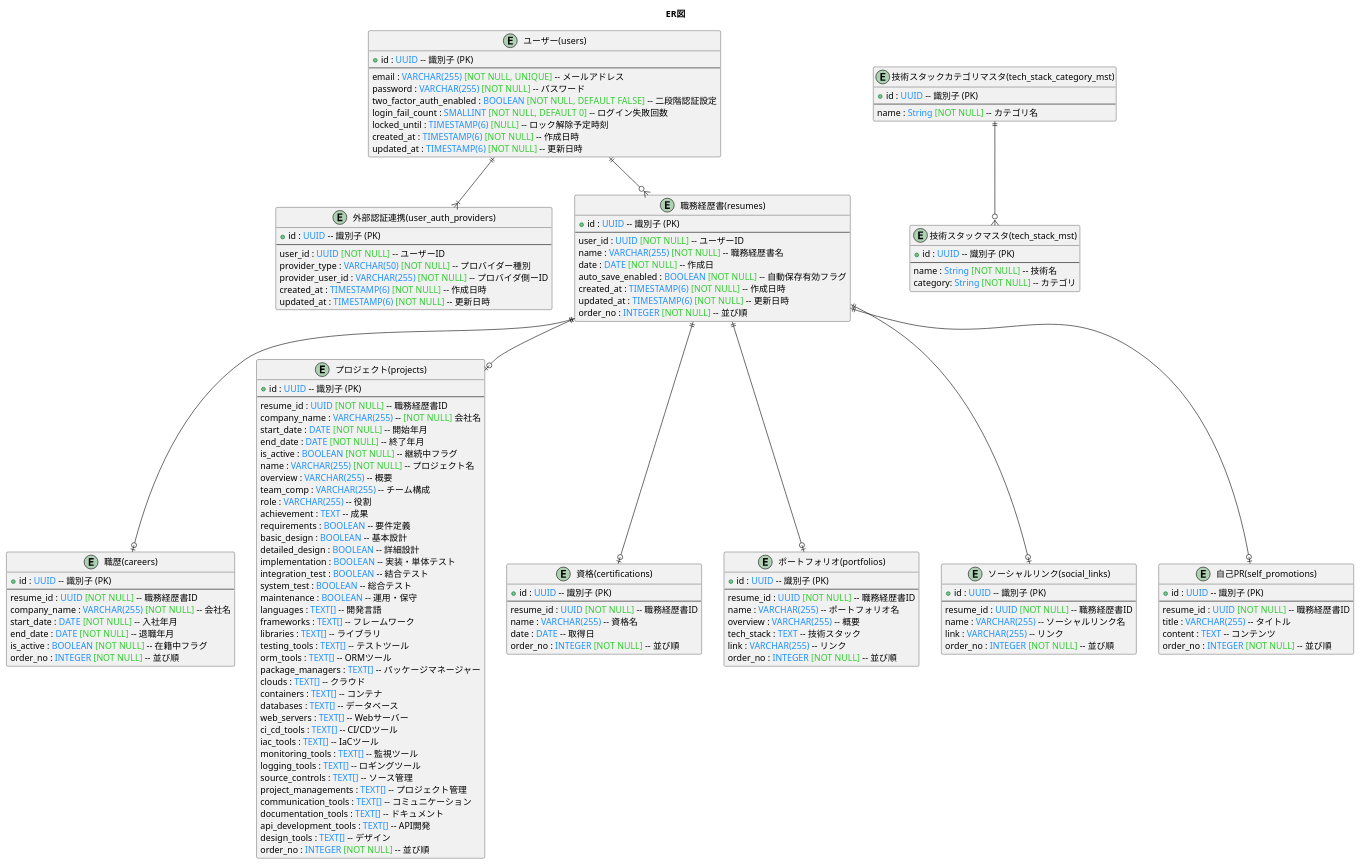
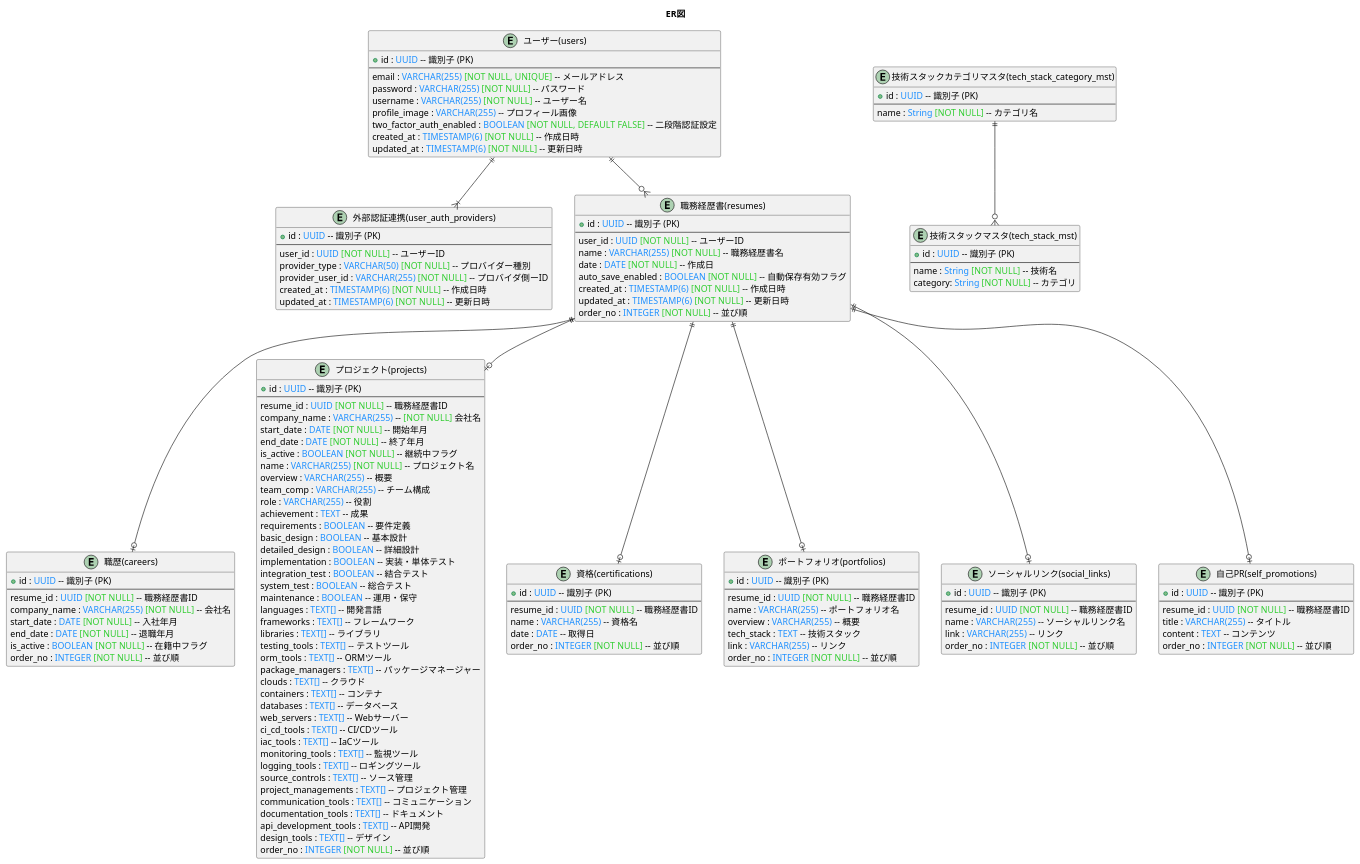
The diagram in doc/DB設計/ER図.pu (DogisRiki/KeirekiPro), drawn with PlantUML before and after one commit.

Commit message:
docs: ER図修正
Changes:
1. ユーザーテーブルからログイン失敗回数とロック解除予定時刻を削除
2. ユーザーテーブルにユーザー名とプロフィール画像を追加

Reason:
1. toC向けアプリでアカウントベースでログイン試行回数を制限をしてしまうとそのメールアドレスでユーザーが存在することが露見してしまうためIPベースでログイン試行回数を制限する実装とする

2. 入れ忘れ

BREAKING CHANGE: N/A
Related: N/A
Refs: #16

```diff
--- a/doc/DB設計/ER図.pu
+++ b/doc/DB設計/ER図.pu
@@ -1,162 +1,162 @@
 @startuml ER図
 
 title ER図
 
 ' -----------------------
 ' 既存テーブル
 ' -----------------------
 entity "ユーザー(users)" as users {
     + id : <color:#1E90FF>UUID</color> -- 識別子 (PK)
     --
     email : <color:#1E90FF>VARCHAR(255)</color> <color:#32CD32>[NOT NULL, UNIQUE]</color> -- メールアドレス
     password : <color:#1E90FF>VARCHAR(255)</color> <color:#32CD32>[NOT NULL]</color> -- パスワード
+    username : <color:#1E90FF>VARCHAR(255)</color> <color:#32CD32>[NOT NULL]</color> -- ユーザー名
+    profile_image : <color:#1E90FF>VARCHAR(255)</color> -- プロフィール画像
     two_factor_auth_enabled : <color:#1E90FF>BOOLEAN</color> <color:#32CD32>[NOT NULL, DEFAULT FALSE]</color> -- 二段階認証設定
-    login_fail_count : <color:#1E90FF>SMALLINT</color> <color:#32CD32>[NOT NULL, DEFAULT 0]</color> -- ログイン失敗回数
-    locked_until : <color:#1E90FF>TIMESTAMP(6)</color> <color:#32CD32>[NULL]</color> -- ロック解除予定時刻
     created_at : <color:#1E90FF>TIMESTAMP(6)</color> <color:#32CD32>[NOT NULL]</color> -- 作成日時
     updated_at : <color:#1E90FF>TIMESTAMP(6)</color> <color:#32CD32>[NOT NULL]</color> -- 更新日時
 }
 
 entity "外部認証連携(user_auth_providers)" as UserAuthProviders {
     + id : <color:#1E90FF>UUID</color> -- 識別子 (PK)
     --
     user_id : <color:#1E90FF>UUID</color> <color:#32CD32>[NOT NULL]</color> -- ユーザーID
     provider_type : <color:#1E90FF>VARCHAR(50)</color> <color:#32CD32>[NOT NULL]</color> -- プロバイダー種別
     provider_user_id : <color:#1E90FF>VARCHAR(255)</color> <color:#32CD32>[NOT NULL]</color> -- プロバイダ側ーID
     created_at : <color:#1E90FF>TIMESTAMP(6)</color> <color:#32CD32>[NOT NULL]</color> -- 作成日時
     updated_at : <color:#1E90FF>TIMESTAMP(6)</color> <color:#32CD32>[NOT NULL]</color> -- 更新日時
 }
 
 entity "職務経歴書(resumes)" as Resumes {
     + id : <color:#1E90FF>UUID</color> -- 識別子 (PK)
     --
     user_id : <color:#1E90FF>UUID</color> <color:#32CD32>[NOT NULL]</color> -- ユーザーID
     name : <color:#1E90FF>VARCHAR(255)</color> <color:#32CD32>[NOT NULL]</color> -- 職務経歴書名
     date : <color:#1E90FF>DATE</color> <color:#32CD32>[NOT NULL]</color> -- 作成日
     auto_save_enabled : <color:#1E90FF>BOOLEAN</color> <color:#32CD32>[NOT NULL]</color> -- 自動保存有効フラグ
     created_at : <color:#1E90FF>TIMESTAMP(6)</color> <color:#32CD32>[NOT NULL]</color> -- 作成日時
     updated_at : <color:#1E90FF>TIMESTAMP(6)</color> <color:#32CD32>[NOT NULL]</color> -- 更新日時
     order_no : <color:#1E90FF>INTEGER</color> <color:#32CD32>[NOT NULL]</color> -- 並び順
 }
 
 entity "職歴(careers)" as Careers {
     + id : <color:#1E90FF>UUID</color> -- 識別子 (PK)
     --
     resume_id : <color:#1E90FF>UUID</color> <color:#32CD32>[NOT NULL]</color> -- 職務経歴書ID
     company_name : <color:#1E90FF>VARCHAR(255)</color> <color:#32CD32>[NOT NULL]</color> -- 会社名
     start_date : <color:#1E90FF>DATE</color> <color:#32CD32>[NOT NULL]</color> -- 入社年月
     end_date : <color:#1E90FF>DATE</color> <color:#32CD32>[NOT NULL]</color> -- 退職年月
     is_active : <color:#1E90FF>BOOLEAN</color> <color:#32CD32>[NOT NULL]</color> -- 在籍中フラグ
     order_no : <color:#1E90FF>INTEGER</color> <color:#32CD32>[NOT NULL]</color> -- 並び順
 }
 
 entity "プロジェクト(projects)" as Projects {
     + id : <color:#1E90FF>UUID</color> -- 識別子 (PK)
     --
     resume_id : <color:#1E90FF>UUID</color> <color:#32CD32>[NOT NULL]</color> -- 職務経歴書ID
     company_name : <color:#1E90FF>VARCHAR(255)</color> -- <color:#32CD32>[NOT NULL]</color> 会社名
     start_date : <color:#1E90FF>DATE</color> <color:#32CD32>[NOT NULL]</color> -- 開始年月
     end_date : <color:#1E90FF>DATE</color> <color:#32CD32>[NOT NULL]</color> -- 終了年月
     is_active : <color:#1E90FF>BOOLEAN</color> <color:#32CD32>[NOT NULL]</color> -- 継続中フラグ
     name : <color:#1E90FF>VARCHAR(255)</color> <color:#32CD32>[NOT NULL]</color> -- プロジェクト名
     overview : <color:#1E90FF>VARCHAR(255)</color> -- 概要
     team_comp : <color:#1E90FF>VARCHAR(255)</color> -- チーム構成
     role : <color:#1E90FF>VARCHAR(255)</color> -- 役割
     achievement : <color:#1E90FF>TEXT</color> -- 成果
     requirements : <color:#1E90FF>BOOLEAN</color> -- 要件定義
     basic_design : <color:#1E90FF>BOOLEAN</color> -- 基本設計
     detailed_design : <color:#1E90FF>BOOLEAN</color> -- 詳細設計
     implementation : <color:#1E90FF>BOOLEAN</color> -- 実装・単体テスト
     integration_test : <color:#1E90FF>BOOLEAN</color> -- 結合テスト
     system_test : <color:#1E90FF>BOOLEAN</color> -- 総合テスト
     maintenance : <color:#1E90FF>BOOLEAN</color> -- 運用・保守
     languages : <color:#1E90FF>TEXT[]</color> -- 開発言語
     frameworks : <color:#1E90FF>TEXT[]</color> -- フレームワーク
     libraries : <color:#1E90FF>TEXT[]</color> -- ライブラリ
     testing_tools : <color:#1E90FF>TEXT[]</color> -- テストツール
     orm_tools : <color:#1E90FF>TEXT[]</color> -- ORMツール
     package_managers : <color:#1E90FF>TEXT[]</color> -- パッケージマネージャー
     clouds : <color:#1E90FF>TEXT[]</color> -- クラウド
     containers : <color:#1E90FF>TEXT[]</color> -- コンテナ
     databases : <color:#1E90FF>TEXT[]</color> -- データベース
     web_servers : <color:#1E90FF>TEXT[]</color> -- Webサーバー
     ci_cd_tools : <color:#1E90FF>TEXT[]</color> -- CI/CDツール
     iac_tools : <color:#1E90FF>TEXT[]</color> -- IaCツール
     monitoring_tools : <color:#1E90FF>TEXT[]</color> -- 監視ツール
     logging_tools : <color:#1E90FF>TEXT[]</color> -- ロギングツール
     source_controls : <color:#1E90FF>TEXT[]</color> -- ソース管理
     project_managements : <color:#1E90FF>TEXT[]</color> -- プロジェクト管理
     communication_tools : <color:#1E90FF>TEXT[]</color> -- コミュニケーション
     documentation_tools : <color:#1E90FF>TEXT[]</color> -- ドキュメント
     api_development_tools : <color:#1E90FF>TEXT[]</color> -- API開発
     design_tools : <color:#1E90FF>TEXT[]</color> -- デザイン
     order_no : <color:#1E90FF>INTEGER</color> <color:#32CD32>[NOT NULL]</color> -- 並び順
 }
 
 entity "資格(certifications)" as Certifications {
     + id : <color:#1E90FF>UUID</color> -- 識別子 (PK)
     --
     resume_id : <color:#1E90FF>UUID</color> <color:#32CD32>[NOT NULL]</color> -- 職務経歴書ID
     name : <color:#1E90FF>VARCHAR(255)</color> -- 資格名
     date : <color:#1E90FF>DATE</color> -- 取得日
     order_no : <color:#1E90FF>INTEGER</color> <color:#32CD32>[NOT NULL]</color> -- 並び順
 }
 
 entity "ポートフォリオ(portfolios)" as Portfolios {
     + id : <color:#1E90FF>UUID</color> -- 識別子 (PK)
     --
     resume_id : <color:#1E90FF>UUID</color> <color:#32CD32>[NOT NULL]</color> -- 職務経歴書ID
     name : <color:#1E90FF>VARCHAR(255)</color> -- ポートフォリオ名
     overview : <color:#1E90FF>VARCHAR(255)</color> -- 概要
     tech_stack : <color:#1E90FF>TEXT</color> -- 技術スタック
     link : <color:#1E90FF>VARCHAR(255)</color> -- リンク
     order_no : <color:#1E90FF>INTEGER</color> <color:#32CD32>[NOT NULL]</color> -- 並び順
 }
 
 entity "ソーシャルリンク(social_links)" as SocialLinks {
     + id : <color:#1E90FF>UUID</color> -- 識別子 (PK)
     --
     resume_id : <color:#1E90FF>UUID</color> <color:#32CD32>[NOT NULL]</color> -- 職務経歴書ID
     name : <color:#1E90FF>VARCHAR(255)</color> -- ソーシャルリンク名
     link : <color:#1E90FF>VARCHAR(255)</color> -- リンク
     order_no : <color:#1E90FF>INTEGER</color> <color:#32CD32>[NOT NULL]</color> -- 並び順
 }
 
 entity "自己PR(self_promotions)" as SelfPromotions {
     + id : <color:#1E90FF>UUID</color> -- 識別子 (PK)
     --
     resume_id : <color:#1E90FF>UUID</color> <color:#32CD32>[NOT NULL]</color> -- 職務経歴書ID
     title : <color:#1E90FF>VARCHAR(255)</color> -- タイトル
     content : <color:#1E90FF>TEXT</color> -- コンテンツ
     order_no : <color:#1E90FF>INTEGER</color> <color:#32CD32>[NOT NULL]</color> -- 並び順
 }
 
 entity "技術スタックマスタ(tech_stack_mst)" as TechStackMst {
     + id : <color:#1E90FF>UUID</color> -- 識別子 (PK)
     --
     name : <color:#1E90FF>String</color> <color:#32CD32>[NOT NULL]</color> -- 技術名
     category: <color:#1E90FF>String</color> <color:#32CD32>[NOT NULL]</color> -- カテゴリ
 }
 
 entity "技術スタックカテゴリマスタ(tech_stack_category_mst)" as TechStackCategoryMst {
     + id : <color:#1E90FF>UUID</color> -- 識別子 (PK)
     --
     name : <color:#1E90FF>String</color> <color:#32CD32>[NOT NULL]</color> -- カテゴリ名
 }
 
 ' ----------------------
 ' リレーション定義
 ' ----------------------
 users ||--o{ Resumes
 users ||--|{ UserAuthProviders
 
 Resumes ||--o| Careers
 Resumes ||--o| Projects
 Resumes ||--o| Certifications
 Resumes ||--o| Portfolios
 Resumes ||--o| SocialLinks
 Resumes ||--o| SelfPromotions
 
 TechStackCategoryMst ||--o{ TechStackMst
 
 @enduml
```
